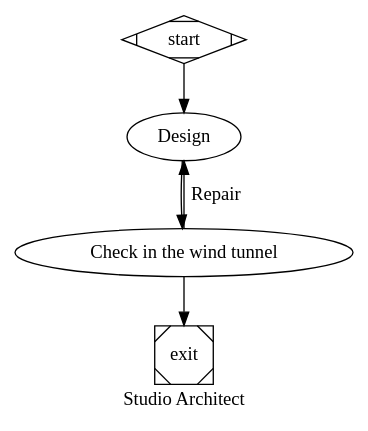
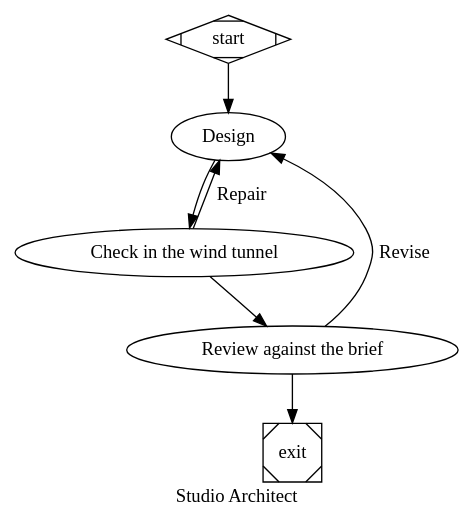
One commit to arverma0/Reactor changed the diagram in src/Reactor.Server/Studio/architect.dot. Above: the diagram before and after it, drawn with Graphviz. The commit also changed 214 other files, not shown here.

```diff
--- a/src/Reactor.Server/Studio/architect.dot
+++ b/src/Reactor.Server/Studio/architect.dot
@@ -1,24 +1,29 @@
 // The Studio Architect, as a Reactor pipeline: draft a pipeline, check it with the real parser, validator, and wind
-// tunnel, and repair it until it passes. The server provides the brief and the current pipeline in the context
-// (architect.*), composes the full prompt for the design stage (see architect.md), and gives up after three drafts.
+// tunnel, repair it until it passes, then review it against the brief (and revise if the review asks). The server
+// provides the brief and the current pipeline in the context (architect.*), composes the full prompts for the design
+// and review stages (see architect.md), and gives up after three drafts.
 // Copy this file to .reactor/studio/architect.dot in your workspace to customize it.
 digraph architect {
     graph [goal="Design a Reactor pipeline", label="Studio Architect"]
 
     start [shape=Mdiamond]
     exit  [shape=Msquare]
 
     design [
         label="Design",
         type="studio.architect",
         fidelity="truncate",
         prompt="Design the pipeline described below."
     ]
     check [label="Check in the wind tunnel", type="studio.check"]
+    review [label="Review against the brief", type="studio.review"]
 
     start -> design
     // A design stage that fails (the backend's error) ends the run with its reason; only answers are checked.
-    design -> check [condition="outcome=success"]
-    check -> exit   [condition="outcome=success"]
-    check -> design [condition="outcome=fail && context.architect.give_up!=true", label="Repair"]
+    design -> check  [condition="outcome=success"]
+    check  -> review [condition="outcome=success"]
+    check  -> design [condition="outcome=fail && context.architect.give_up!=true", label="Repair"]
+    // The self-review sends a draft back only while drafts remain; otherwise it reports and keeps the checked draft.
+    review -> exit   [condition="outcome=success"]
+    review -> design [condition="outcome=fail", label="Revise"]
 }
```
